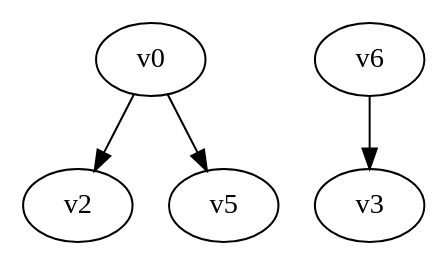
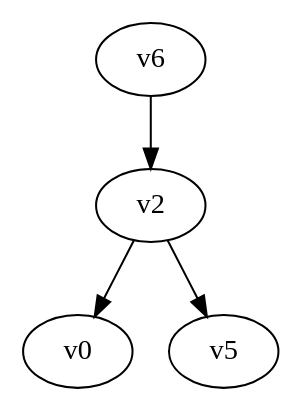
The diagram in digraph.dot (yadej/graph_project), drawn with Graphviz before and after one commit. The commit also changed 2 other files, not shown here.

```diff
--- a/digraph.dot
+++ b/digraph.dot
@@ -1,5 +1,5 @@
 digraph G { 
-v0 -> v2;
-v0 -> v5;
-v6 -> v3;
+v2 -> v0;
+v2 -> v5;
+v6 -> v2;
 }
```
